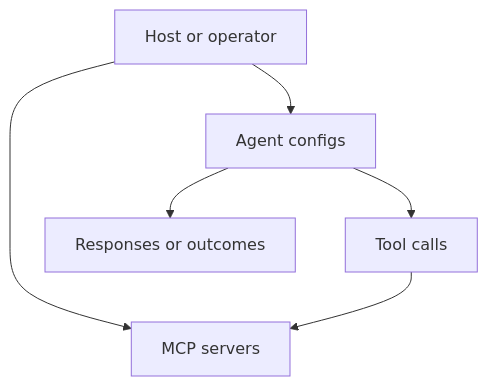
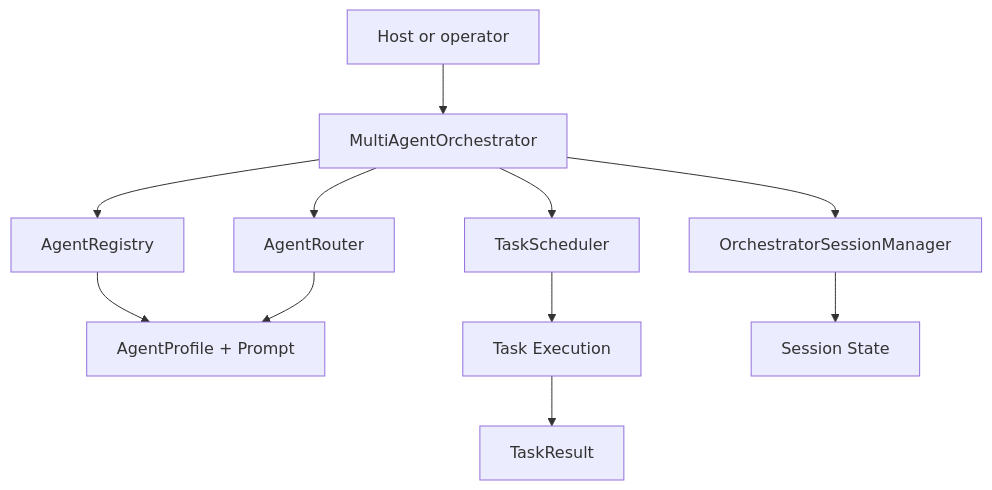
One commit to tsfarizi/antikythera-mcp-framework changed the diagram in documentation/SERVERS_AND_AGENTS.md. Above: the diagram before and after it, drawn with Mermaid. The commit also changed other lines of this file and 30 other files, not shown here.

First line of the commit message:
feat: implement multi-agent orchestration and session management

````diff
--- a/documentation/SERVERS_AND_AGENTS.md
+++ b/documentation/SERVERS_AND_AGENTS.md
@@ -14,8 +15,13 @@
 ```mermaid
 flowchart TD
-    HOST[Host or operator] --> SERVERS[MCP servers]
-    HOST --> AGENTS[Agent configs]
-    AGENTS --> TOOLS[Tool calls]
-    TOOLS --> SERVERS
-    AGENTS --> OUTPUT[Responses or outcomes]
+    HOST[Host or operator] --> ORCH[MultiAgentOrchestrator]
+    ORCH --> REGISTRY[AgentRegistry]
+    ORCH --> SCHEDULER[TaskScheduler]
+    ORCH --> ROUTER[AgentRouter]
+    ORCH --> SESSIONS[OrchestratorSessionManager]
+    REGISTRY --> PROFILES[AgentProfile + Prompt]
+    SCHEDULER --> EXECUTION[Task Execution]
+    ROUTER --> PROFILES
+    SESSIONS --> SESSIONS_STATE[Session State]
+    EXECUTION --> OUTPUT[TaskResult]
 ```
````
